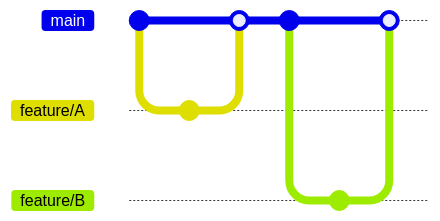
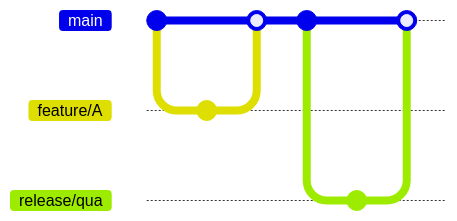
The first of 3 diagrams in mermaid04.md (petitess/markdown), drawn with Mermaid before and after one commit. Commit ids are hidden.

````diff
--- a/mermaid04.md
+++ b/mermaid04.md
@@ -1,13 +1,13 @@
 ```mermaid
 gitGraph
        commit
        branch feature/A
        commit
        checkout main
        merge feature/A
        commit
-       branch feature/B
+       branch release/qua
        commit
        checkout main
-       merge feature/B
+       merge release/qua
 ```
````
